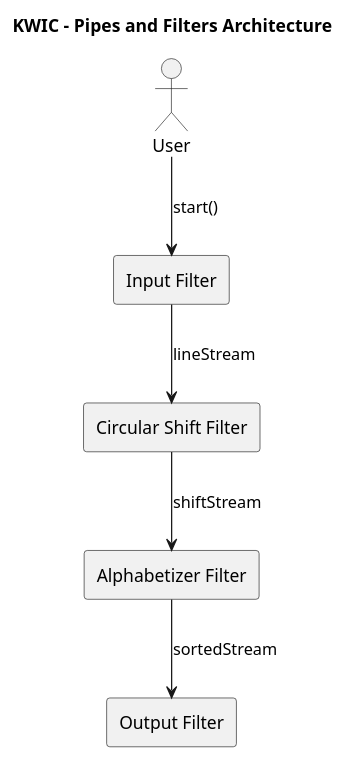
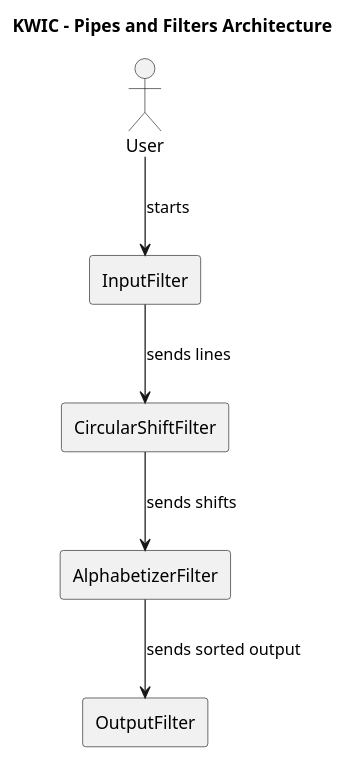
Before and after one commit to vivekATUofA/kwic: the diagram in KWIC_PipesAndFilters.puml, drawn with PlantUML. The commit also changed 2 other files, not shown here.

```diff
--- a/KWIC_PipesAndFilters.puml
+++ b/KWIC_PipesAndFilters.puml
@@ -1,16 +1,16 @@
 @startuml
 title KWIC - Pipes and Filters Architecture
 
 actor User
 
-rectangle "Input Filter" as Input
-rectangle "Circular Shift Filter" as Shifter
-rectangle "Alphabetizer Filter" as Sorter
-rectangle "Output Filter" as Output
+rectangle InputFilter
+rectangle CircularShiftFilter
+rectangle AlphabetizerFilter
+rectangle OutputFilter
 
-User --> Input : start()
-Input --> Shifter : lineStream
-Shifter --> Sorter : shiftStream
-Sorter --> Output : sortedStream
+User --> InputFilter : starts
+InputFilter --> CircularShiftFilter : sends lines
+CircularShiftFilter --> AlphabetizerFilter : sends shifts
+AlphabetizerFilter --> OutputFilter : sends sorted output
 
 @enduml
```
